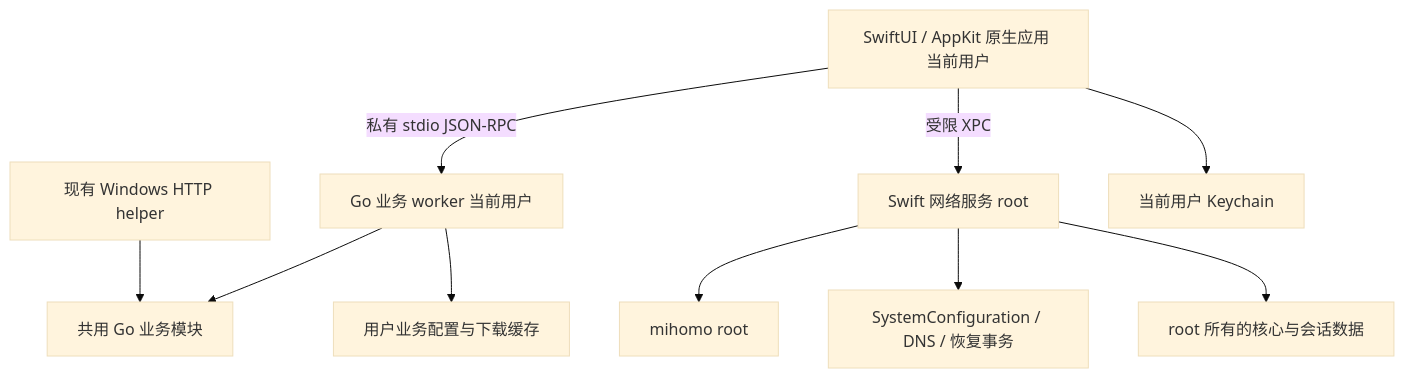
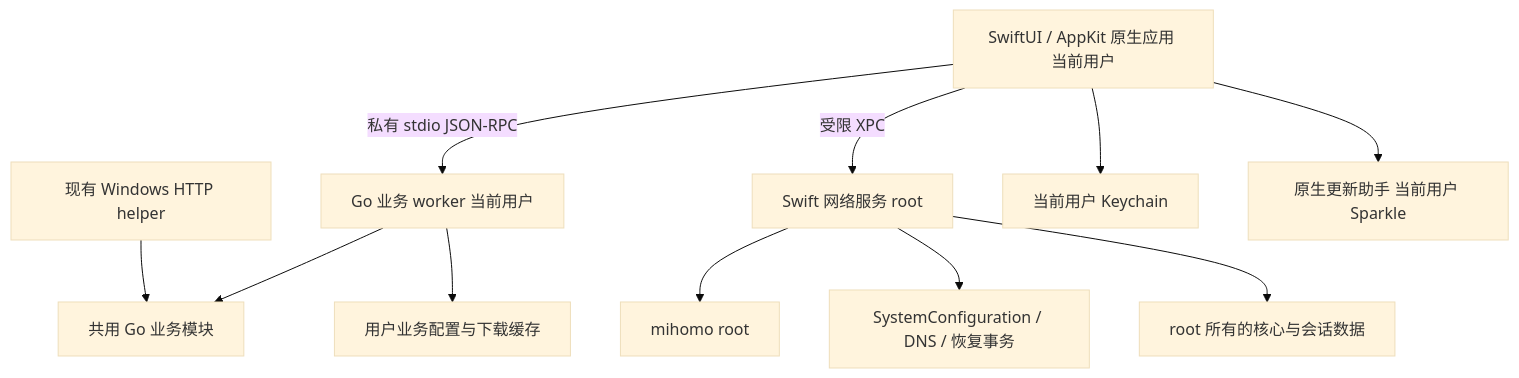
Before and after one commit to study-233/flux6: the diagram in docs/compose/spec/macos-support-plan.md, drawn with Mermaid (base theme). The commit also changed other lines of this file and 16 other files, not shown here.

````diff
--- a/docs/compose/spec/macos-support-plan.md
+++ b/docs/compose/spec/macos-support-plan.md
@@ -147,12 +149,13 @@
 ```mermaid
 flowchart TD
     App[SwiftUI / AppKit 原生应用 当前用户] -->|私有 stdio JSON-RPC| Worker[Go 业务 worker 当前用户]
     Worker --> Shared[共用 Go 业务模块]
     Win[现有 Windows HTTP helper] --> Shared
     App -->|受限 XPC| Service[Swift 网络服务 root]
     Service --> Core[mihomo root]
     Service --> Network[SystemConfiguration / DNS / 恢复事务]
     App --> Keychain[当前用户 Keychain]
+    App --> UpdateAgent[原生更新助手 当前用户 Sparkle]
     Worker --> UserData[用户业务配置与下载缓存]
     Service --> RootData[root 所有的核心与会话数据]
 ```
````
